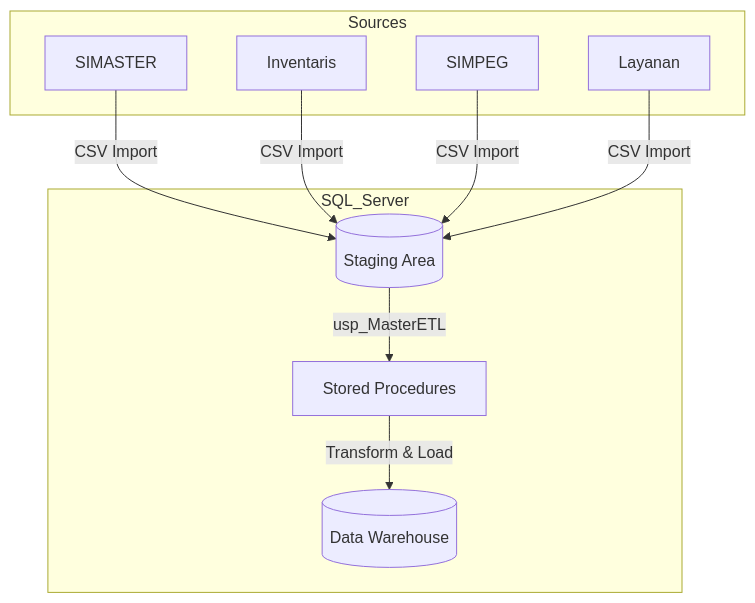
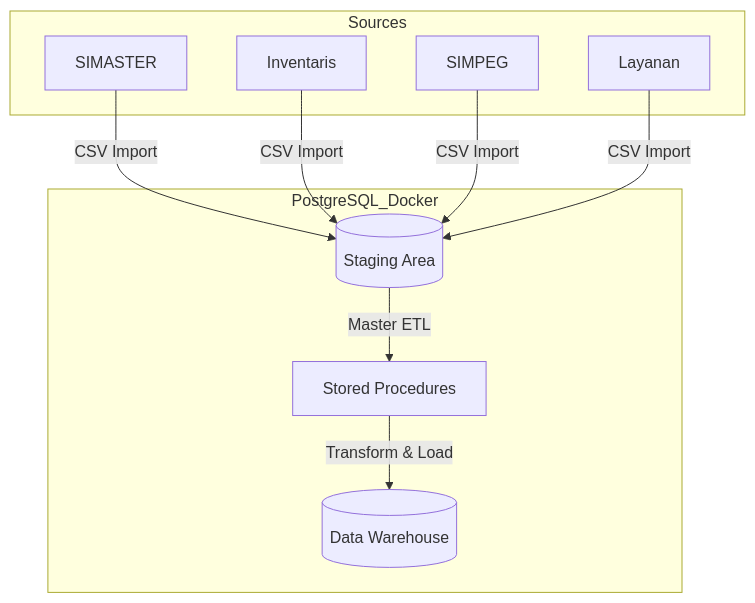
The diagram in README.md (sains-data/TUBES_Pergudangan-Data_Kelompok_19), drawn with Mermaid before and after one commit. The commit also changed other lines of this file, not shown here.

````diff
--- a/README.md
+++ b/README.md
@@ -71,23 +71,23 @@
 ```mermaid
 graph TD
     subgraph Sources
     S1[SIMASTER]
     S2[Inventaris]
     S3[SIMPEG]
     S4[Layanan]
     end
 
-    subgraph SQL_Server
+    subgraph PostgreSQL_Docker
     STG[(Staging Area)]
     ETL[Stored Procedures]
     DW[(Data Warehouse)]
     end
 
     S1 -->|CSV Import| STG
     S2 -->|CSV Import| STG
     S3 -->|CSV Import| STG
     S4 -->|CSV Import| STG
     
-    STG -->|usp_MasterETL| ETL
+    STG -->|Master ETL| ETL
     ETL -->|Transform & Load| DW
 ```
````
